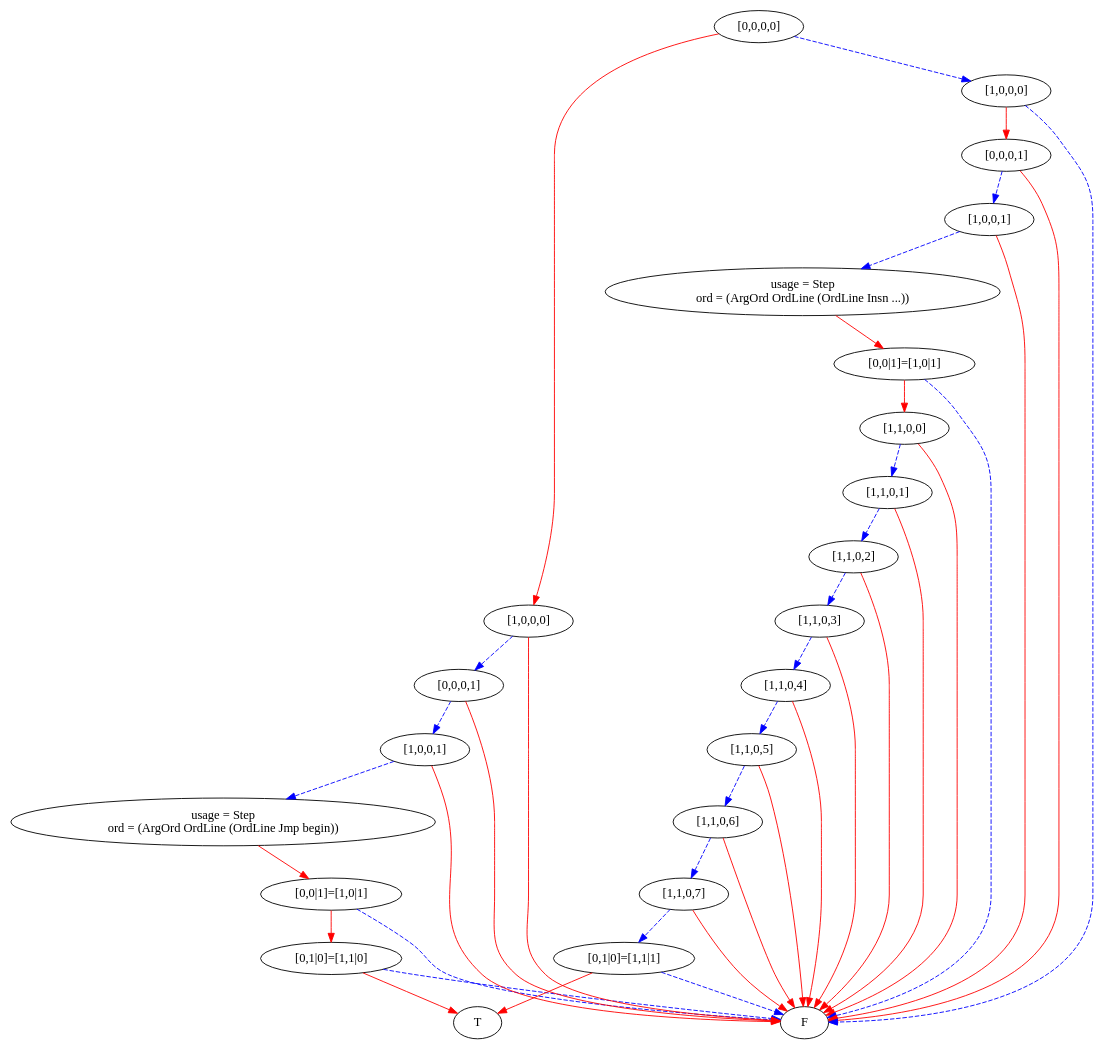
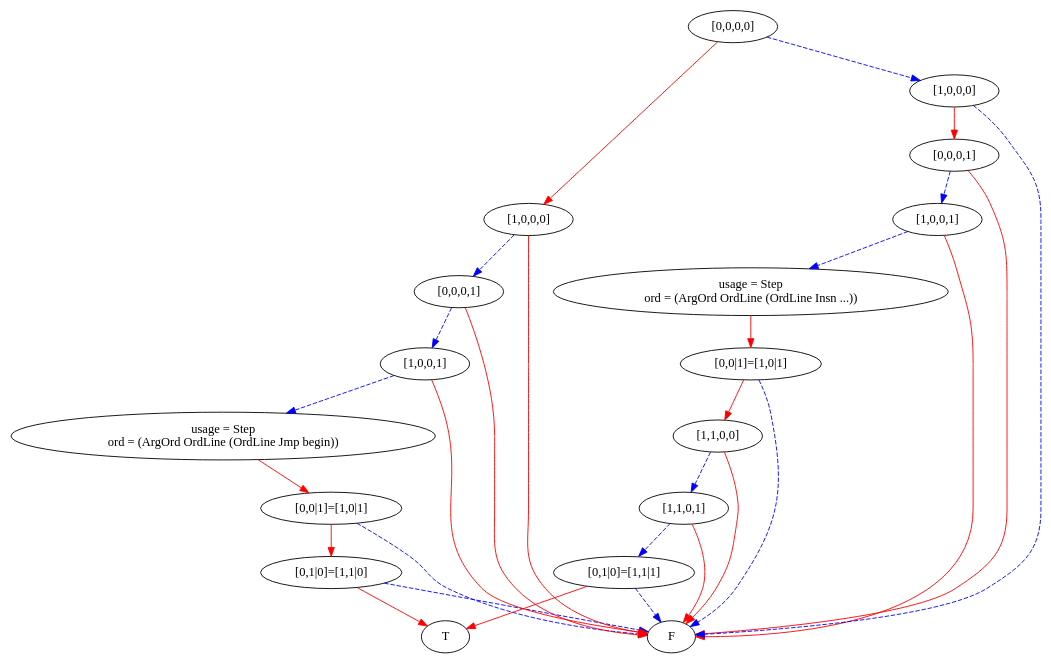
One commit to mburyakov/minxmod changed the diagram in simpleProgram5.dot. Above: the diagram before and after it, drawn with Graphviz. The commit also changed 11 other files, not shown here.

```diff
--- a/simpleProgram5.dot
+++ b/simpleProgram5.dot
@@ -1,84 +1,60 @@
 digraph {
     1 [label=F];
     2 [label=T];
     3 [label="[0,1|0]=[1,1|0]"];
     4 [label="[0,0|1]=[1,0|1]"];
     5 [label="usage = Step\nord = (ArgOrd OrdLine (OrdLine Jmp begin))"];
     6 [label="[1,0,0,1]"];
     7 [label="[0,0,0,1]"];
     8 [label="[1,0,0,0]"];
     9 [label="[0,1|0]=[1,1|1]"];
-    10 [label="[1,1,0,7]"];
-    11 [label="[1,1,0,6]"];
-    12 [label="[1,1,0,5]"];
-    13 [label="[1,1,0,4]"];
-    14 [label="[1,1,0,3]"];
-    15 [label="[1,1,0,2]"];
-    16 [label="[1,1,0,1]"];
-    17 [label="[1,1,0,0]"];
-    18 [label="[0,0|1]=[1,0|1]"];
-    19 [label="usage = Step\nord = (ArgOrd OrdLine (OrdLine Insn ...))"];
-    20 [label="[1,0,0,1]"];
-    21 [label="[0,0,0,1]"];
-    22 [label="[1,0,0,0]"];
-    23 [label="[0,0,0,0]"];
+    10 [label="[1,1,0,1]"];
+    11 [label="[1,1,0,0]"];
+    12 [label="[0,0|1]=[1,0|1]"];
+    13 [label="usage = Step\nord = (ArgOrd OrdLine (OrdLine Insn ...))"];
+    14 [label="[1,0,0,1]"];
+    15 [label="[0,0,0,1]"];
+    16 [label="[1,0,0,0]"];
+    17 [label="[0,0,0,0]"];
     3 -> 1 [style=dashed
            ,color=blue];
     3 -> 2 [color=red];
     4 -> 3 [color=red];
     4 -> 1 [style=dashed
            ,color=blue];
     5 -> 4 [color=red];
     6 -> 5 [style=dashed
            ,color=blue];
     6 -> 1 [color=red];
     7 -> 6 [style=dashed
            ,color=blue];
     7 -> 1 [color=red];
     8 -> 7 [style=dashed
            ,color=blue];
     8 -> 1 [color=red];
     9 -> 1 [style=dashed
            ,color=blue];
     9 -> 2 [color=red];
     10 -> 9 [style=dashed
             ,color=blue];
     10 -> 1 [color=red];
     11 -> 10 [style=dashed
              ,color=blue];
     11 -> 1 [color=red];
-    12 -> 11 [style=dashed
-             ,color=blue];
-    12 -> 1 [color=red];
-    13 -> 12 [style=dashed
-             ,color=blue];
-    13 -> 1 [color=red];
+    12 -> 11 [color=red];
+    12 -> 1 [style=dashed
+            ,color=blue];
+    13 -> 12 [color=red];
     14 -> 13 [style=dashed
              ,color=blue];
     14 -> 1 [color=red];
     15 -> 14 [style=dashed
              ,color=blue];
     15 -> 1 [color=red];
-    16 -> 15 [style=dashed
-             ,color=blue];
-    16 -> 1 [color=red];
+    16 -> 15 [color=red];
+    16 -> 1 [style=dashed
+            ,color=blue];
+    17 -> 8 [color=red];
     17 -> 16 [style=dashed
              ,color=blue];
-    17 -> 1 [color=red];
-    18 -> 17 [color=red];
-    18 -> 1 [style=dashed
-            ,color=blue];
-    19 -> 18 [color=red];
-    20 -> 19 [style=dashed
-             ,color=blue];
-    20 -> 1 [color=red];
-    21 -> 20 [style=dashed
-             ,color=blue];
-    21 -> 1 [color=red];
-    22 -> 21 [color=red];
-    22 -> 1 [style=dashed
-            ,color=blue];
-    23 -> 8 [color=red];
-    23 -> 22 [style=dashed
-             ,color=blue];
 }
```
